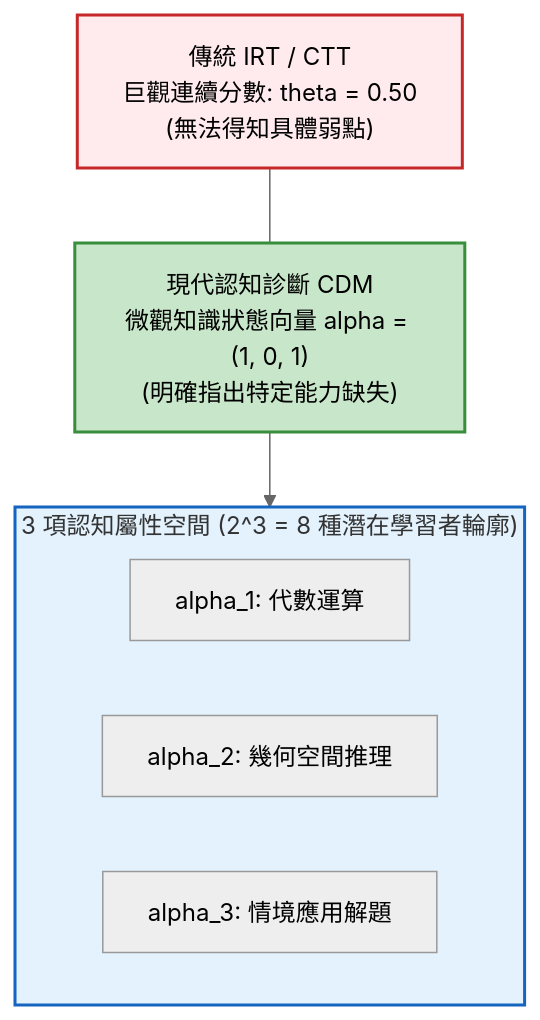
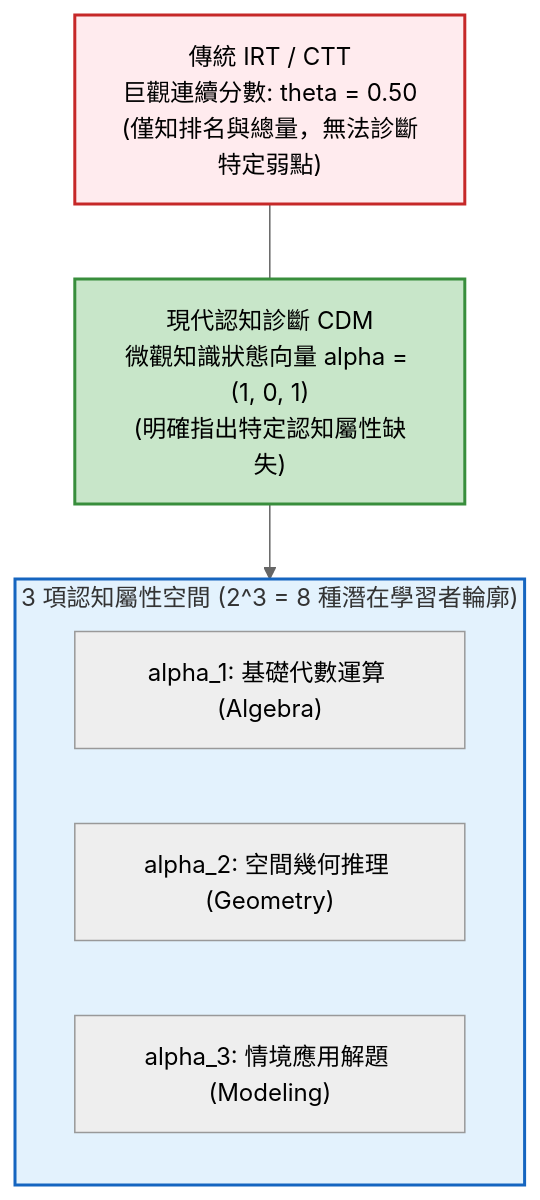
One commit to allen19970828/modern-r-psychometrics changed the diagram in book/Chapter_20_Cognitive_Diagnostic_Models_CDM.md. Above: the diagram before and after it, drawn with Mermaid (neutral theme). The commit also changed other lines of this file and 36 other files, not shown here.

````diff
--- a/book/Chapter_20_Cognitive_Diagnostic_Models_CDM.md
+++ b/book/Chapter_20_Cognitive_Diagnostic_Models_CDM.md
@@ -13,19 +13,19 @@
 ```mermaid
 flowchart TD
-    Macro["傳統 IRT / CTT\n巨觀連續分數: theta = 0.50\n(無法得知具體弱點)"]
-    Micro["現代認知診斷 CDM\n微觀知識狀態向量 alpha = (1, 0, 1)\n(明確指出特定能力缺失)"]
+    Macro["傳統 IRT / CTT\n巨觀連續分數: theta = 0.50\n(僅知排名與總量，無法診斷特定弱點)"]
+    Micro["現代認知診斷 CDM\n微觀知識狀態向量 alpha = (1, 0, 1)\n(明確指出特定認知屬性缺失)"]
 
     Macro --- Micro
 
     subgraph AttributeSpace["3 項認知屬性空間 (2^3 = 8 種潛在學習者輪廓)"]
         direction LR
-        Att1["alpha_1: 代數運算"]
-        Att2["alpha_2: 幾何空間推理"]
-        Att3["alpha_3: 情境應用解題"]
+        Att1["alpha_1: 基礎代數運算 (Algebra)"]
+        Att2["alpha_2: 空間幾何推理 (Geometry)"]
+        Att3["alpha_3: 情境應用解題 (Modeling)"]
     end
 
     Micro --> AttributeSpace
     style Macro fill:#ffebee,stroke:#c62828,stroke-width:2px
     style Micro fill:#c8e6c9,stroke:#388e3c,stroke-width:2px
     style AttributeSpace fill:#e3f2fd,stroke:#1565c0,stroke-width:2px
 ```
````
